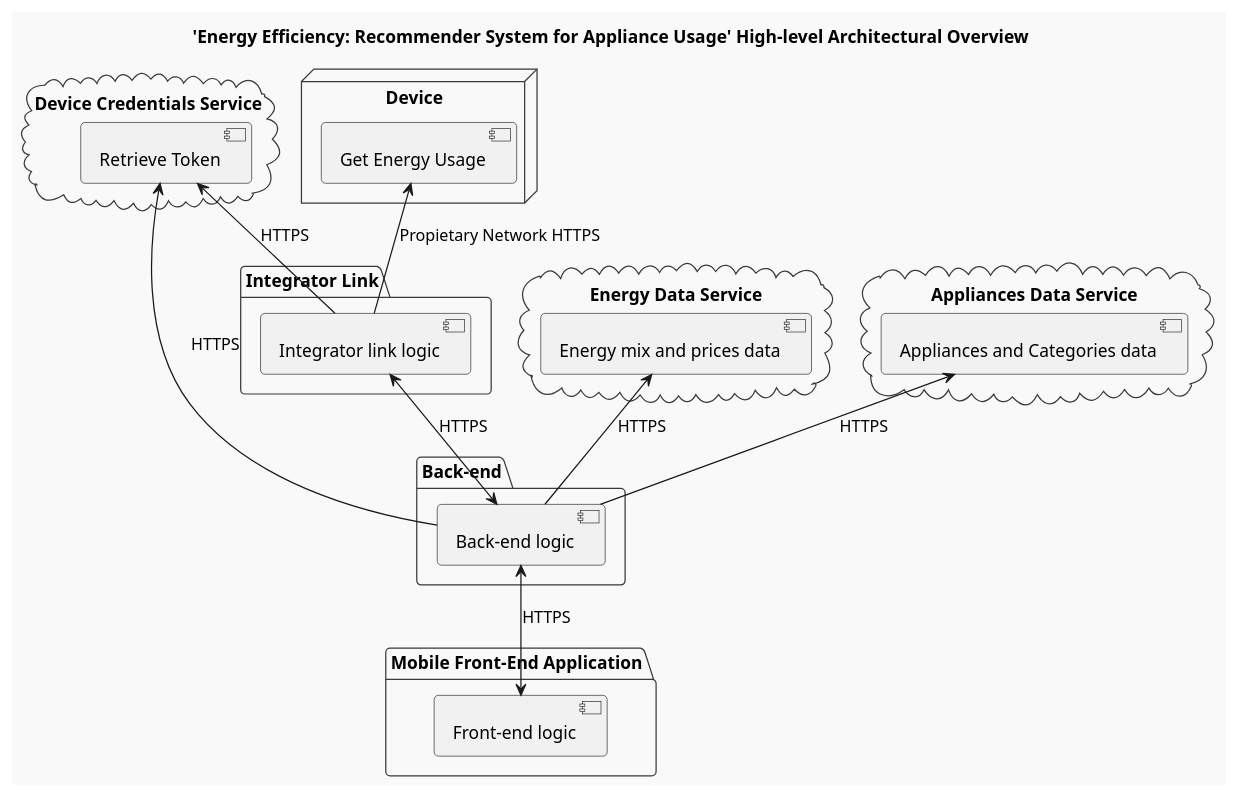
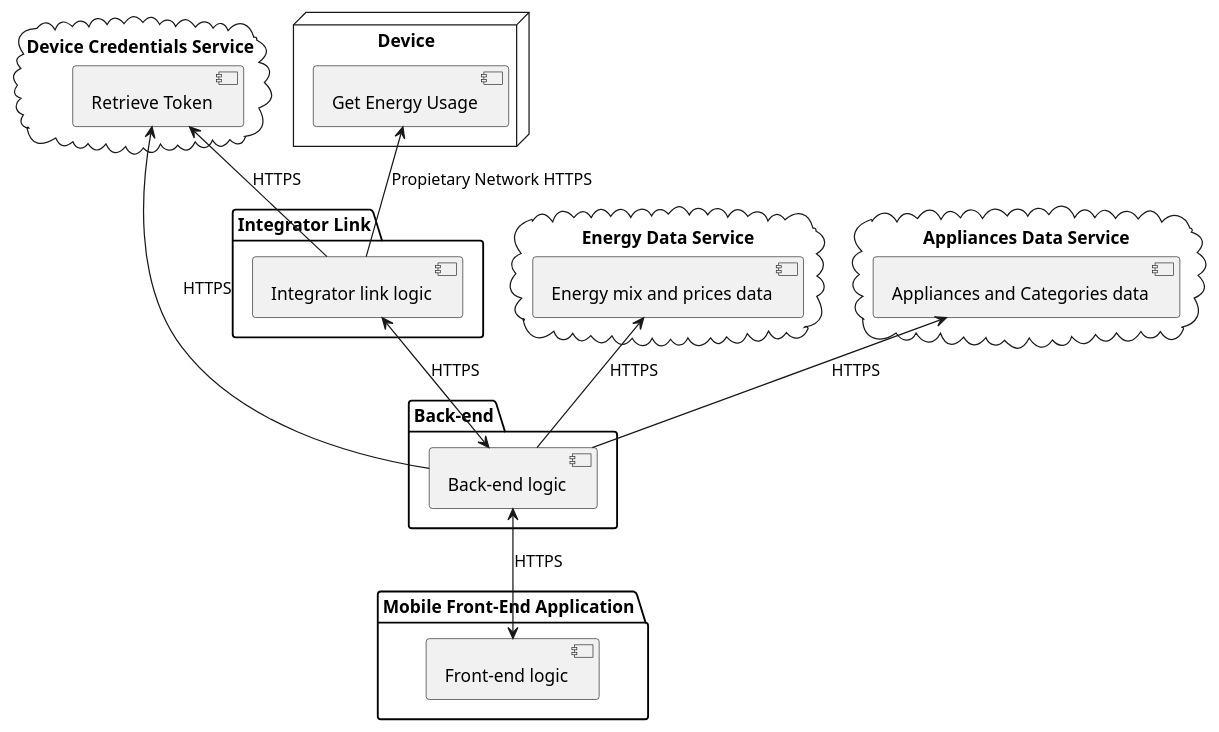
One commit to dperez2023/tfm_text changed the diagram in Diagramas/highlevel-modules.plantuml. Above: the diagram before and after it, drawn with PlantUML.

Commit message:
Actualizar highlevel-modules.plantuml

```diff
--- a/Diagramas/highlevel-modules.plantuml
+++ b/Diagramas/highlevel-modules.plantuml
@@ -1,42 +1,39 @@
 @startuml
-!theme mars
-
-title 'Energy Efficiency: Recommender System for Appliance Usage' High-level Architectural Overview
 
 package "Mobile Front-End Application" {
    [Front-end logic]
 }
 
 package "Back-end" {
   [Back-end logic]
 }
 
 cloud "Energy Data Service" {
   [Energy mix and prices data]
 }
 
 cloud "Appliances Data Service" {
   [Appliances and Categories data]
 }
 
 package "Integrator Link" {
    [Integrator link logic]
 }
 
 node "Device" {
   [Get Energy Usage]
 }
 
 cloud "Device Credentials Service" {
   [Retrieve Token]
 }
 
 [Front-end logic] <-u-> [Back-end logic] : HTTPS
 [Integrator link logic] <-d-> [Back-end logic] : HTTPS
 [Appliances and Categories data] <-d- [Back-end logic] : HTTPS
 [Energy mix and prices data] <-d- [Back-end logic] : HTTPS
 [Retrieve Token] <-r- [Back-end logic] : HTTPS
 [Retrieve Token] <-d- [Integrator link logic]: HTTPS
 [Get Energy Usage] <-d- [Integrator link logic] : Propietary Network HTTPS
 
 @enduml
```
